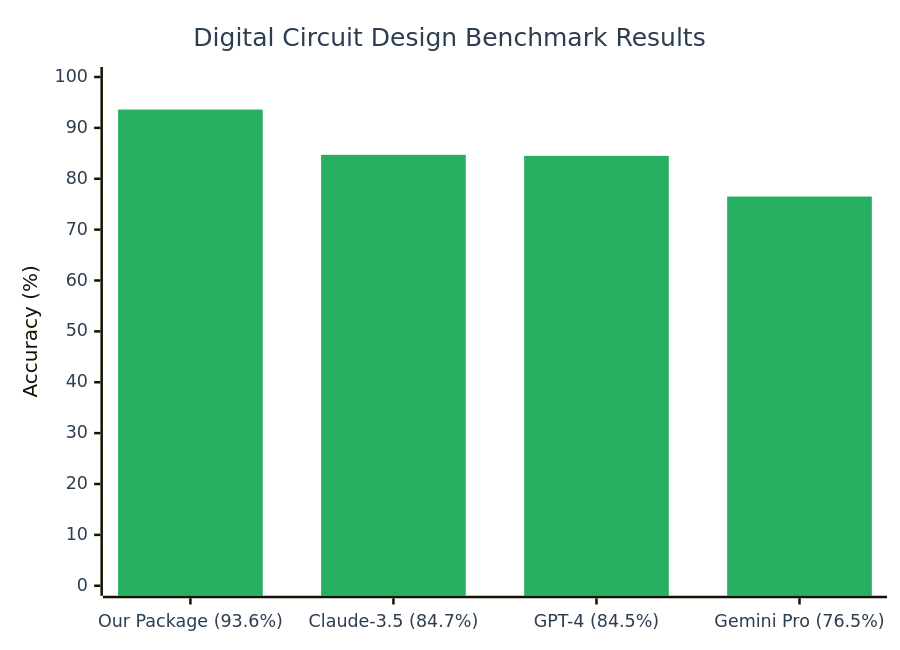
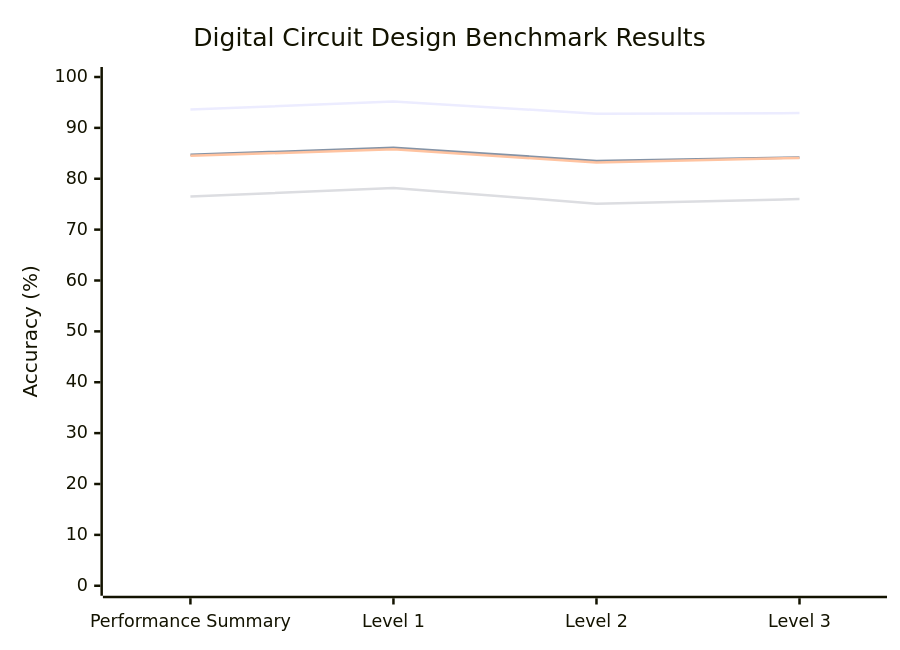
Before and after one commit to duonggiang156/banchmark-edabk: the diagram in README.md, drawn with Mermaid. The commit also changed other lines of this file, not shown here.

````diff
--- a/README.md
+++ b/README.md
@@ -47,11 +56,11 @@
 ```mermaid
-%%{init: {'theme':'default', 'themeVariables': { 'primaryColor': '#FFFFFF', 'primaryTextColor': '#2C3E50', 
-'primaryBorderColor': '#34495E', 'lineColor': '#2C3E50', 'secondaryColor': '#2C3E50', 'tertiaryColor': '#2C3E50', 
-'background': '#FFFFFF', 'mainBkg': '#FFFFFF', 'cScale0': '#27AE60', 'cScale1': '#3498DB', 'cScale2': '#E67E22', 
-'cScale3': '#E74C3C', 'xyChart': {'backgroundColor': '#FFFFFF', 'titleColor': '#2C3E50', 'xAxisLabelColor': '#2C3E50', 'yAxisLabelColor': '#2C3E50', 'plotColorPalette': '#27AE60, #3498DB, #E67E22, #E74C3C'}}}}%%
+%%{init: {'theme':'default', 'themeVariables': { 'primaryColor': '#FFFFFF', 'primaryTextColor': '#2C3E50', 'primaryBorderColor': '#34495E', 'lineColor': '#2C3E50', 'secondaryColor': '#2C3E50', 'tertiaryColor': '#2C3E50', 'background': '#FFFFFF', 'mainBkg': '#FFFFFF'}}}%%
 xychart-beta
     title "Digital Circuit Design Benchmark Results"
-    x-axis ["Our Package (93.6%)", "Claude-3.5 (84.7%)", "GPT-4 (84.5%)", "Gemini Pro (76.5%)"]
+    x-axis ["Performance Summary", "Level 1", "Level 2", "Level 3"]
     y-axis "Accuracy (%)" 0 --> 100
-    bar [93.6, 84.7, 84.5, 76.5]
+    line "Our Package" [93.6, 95.2, 92.8, 92.9]
+    line "Claude-3.5" [84.7, 86.1, 83.5, 84.2]
+    line "GPT-4" [84.5, 85.8, 83.2, 84.1]
+    line "Gemini Pro" [76.5, 78.2, 75.1, 76.0]
 ```
````
